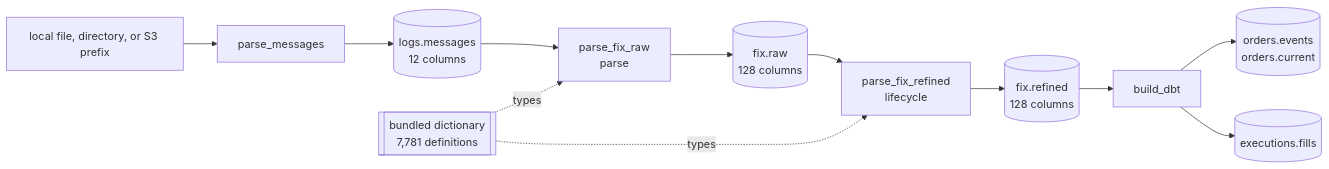
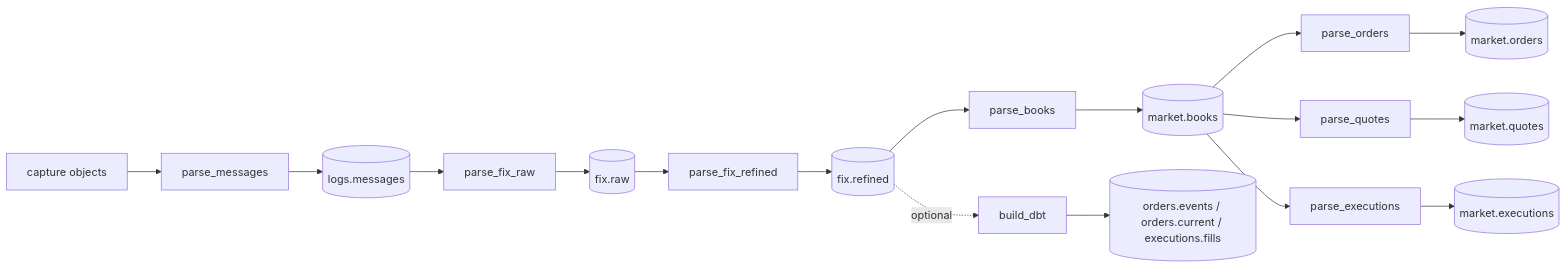
The diagram in docs/pipeline/index.md (Platob/yggfin), drawn with Mermaid before and after one commit. The commit also changed other lines of this file and 62 other files, not shown here.

First line of the commit message:
Build market books and parallel event tables with Yggdryl 0.1.11 (#47)

````diff
--- a/docs/pipeline/index.md
+++ b/docs/pipeline/index.md
@@ -6,14 +7,12 @@
 ```mermaid
 flowchart LR
-    U["local file, directory, or S3 prefix"] --> T["parse_messages"]
-    T --> M[("logs.messages<br/>12 columns")]
-    M --> F["parse_fix_raw<br/>parse"]
-    R[["bundled dictionary<br/>7,781 definitions"]] -.types.-> F
-    F --> X[("fix.raw<br/>128 columns")]
-    X --> L["parse_fix_refined<br/>lifecycle"]
-    R -.types.-> L
-    L --> S[("fix.refined<br/>128 columns")]
-    S --> B["build_dbt"]
-    B --> O[("orders.events<br/>orders.current")]
-    B --> C[("executions.fills")]
+    U["capture objects"] --> T["parse_messages"] --> M[("logs.messages")]
+    M --> F["parse_fix_raw"] --> X[("fix.raw")]
+    X --> L["parse_fix_refined"] --> S[("fix.refined")]
+    S --> B["parse_books"] --> K[("market.books")]
+    K --> O["parse_orders"] --> OT[("market.orders")]
+    K --> Q["parse_quotes"] --> QT[("market.quotes")]
+    K --> E["parse_executions"] --> ET[("market.executions")]
+    S -.optional.-> D["build_dbt"]
+    D --> DT[("orders.events / orders.current / executions.fills")]
 ```
````
